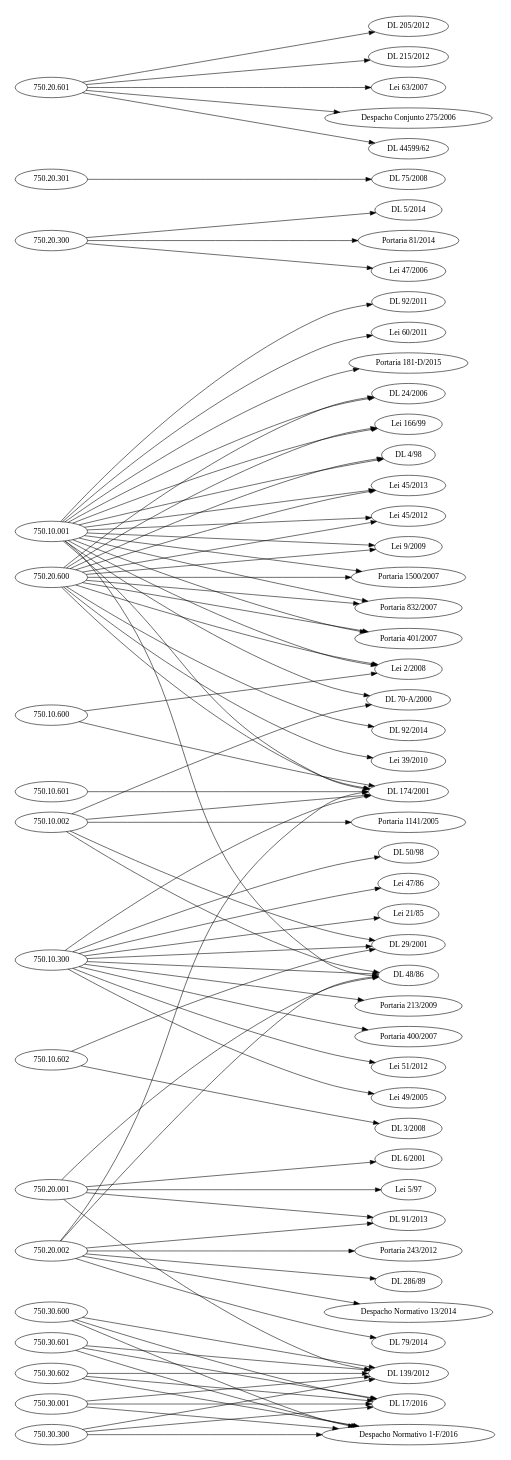
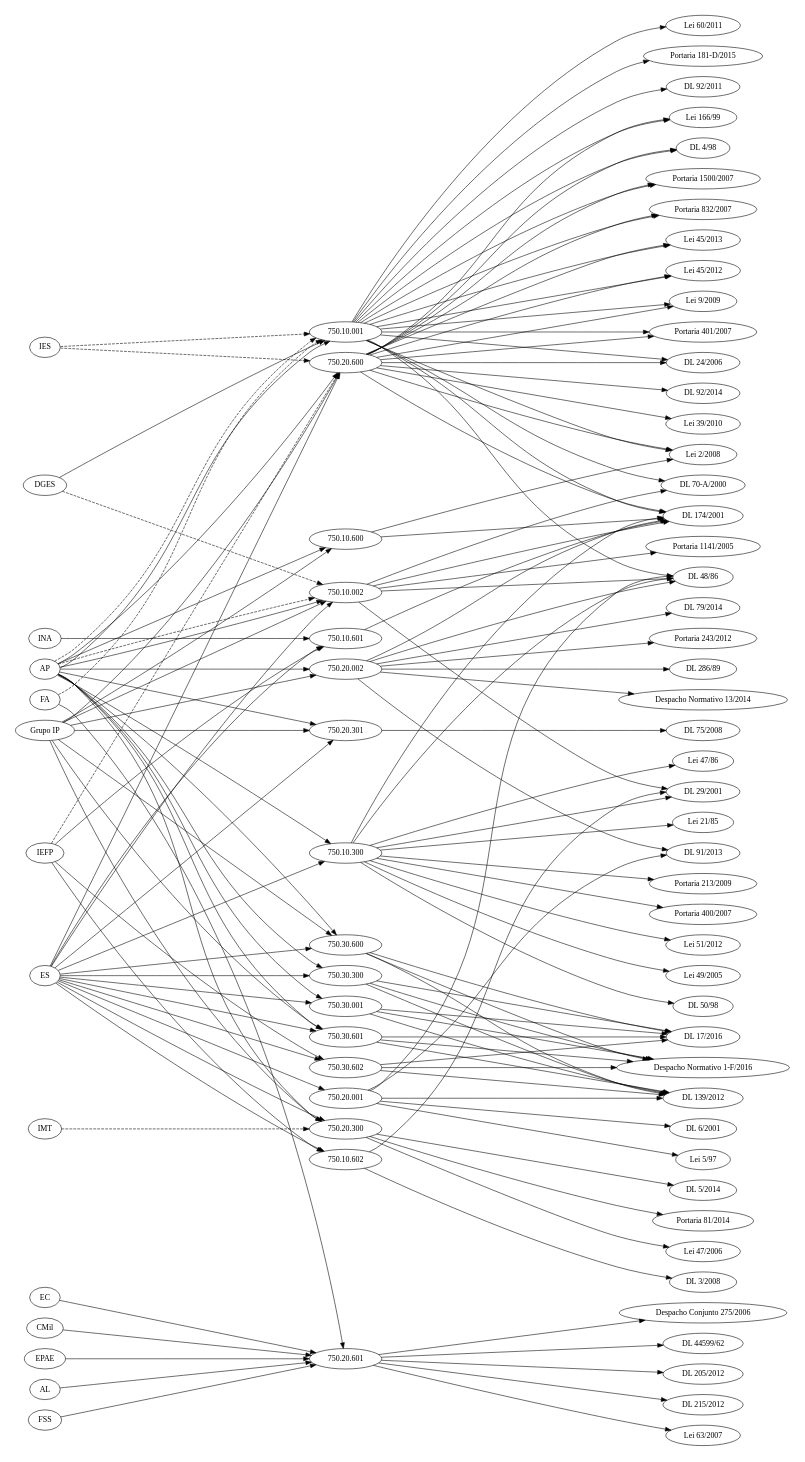
Before and after one commit to carlosc20/PL-2018-19: the diagram in TP2/grafo.dot, drawn with Graphviz. The commit also changed 2 other files, not shown here.

```diff
--- a/TP2/grafo.dot
+++ b/TP2/grafo.dot
@@ -1,22 +1,43 @@
 digraph {
 ratio = "compress"
 ranksep=5.75; size = "8.3,11.7!";
 rankdir = LR;
 	"750.10.001" -> { "Lei 45/2013" "Lei 45/2012" "DL 92/2011" "Lei 60/2011" "Portaria 181-D/2015" "Lei 9/2009" "Lei 2/2008" "Portaria 1500/2007" "Portaria 832/2007" "Portaria 401/2007" "DL 24/2006" "DL 174/2001" "Lei 166/99" "DL 70-A/2000" "DL 174/2001" "DL 4/98" "DL 48/86"};
+	{ "DGES" "AP"}-> {"750.10.001"};
+	{ "IES" "FA" "AP"}-> {"750.10.001"} [style=dashed];
 	"750.10.002" -> { "Portaria 1141/2005" "DL 174/2001" "DL 29/2001" "DL 70-A/2000" "DL 174/2001" "DL 48/86"};
+	{ "ES" "AP" "Grupo IP"}-> {"750.10.002"};
+	{ "DGES" "AP"}-> {"750.10.002"} [style=dashed];
 	"750.10.300" -> { "Lei 51/2012" "Lei 49/2005" "DL 50/98" "Lei 47/86" "Lei 21/85" "DL 174/2001" "DL 29/2001" "DL 48/86" "Portaria 213/2009" "Portaria 400/2007"};
+	{ "ES" "AP"}-> {"750.10.300"};
 	"750.10.600" -> { "DL 174/2001" "Lei 2/2008"};
+	{ "AP" "Grupo IP"}-> {"750.10.600"};
 	"750.10.601" -> { "DL 174/2001"};
+	{ "ES" "INA" "IEFP"}-> {"750.10.601"};
 	"750.10.602" -> { "DL 29/2001" "DL 3/2008"};
+	{ "ES" "IEFP"}-> {"750.10.602"};
 	"750.20.001" -> { "DL 91/2013" "DL 139/2012" "DL 6/2001" "DL 48/86" "Lei 5/97"};
+	{ "ES"}-> {"750.20.001"};
 	"750.20.002" -> { "Despacho Normativo 13/2014" "DL 79/2014" "DL 91/2013" "DL 48/86" "Portaria 243/2012" "DL 174/2001" "DL 286/89"};
+	{ "AP" "Grupo IP"}-> {"750.20.002"};
 	"750.20.300" -> { "DL 5/2014" "Portaria 81/2014" "Lei 47/2006"};
+	{ "ES" "AP" "Grupo IP"}-> {"750.20.300"};
+	{ "IMT"}-> {"750.20.300"} [style=dashed];
 	"750.20.301" -> { "DL 75/2008"};
+	{ "ES" "AP" "Grupo IP"}-> {"750.20.301"};
 	"750.20.600" -> { "DL 92/2014" "Lei 45/2013" "Lei 45/2012" "Lei 9/2009" "Lei 2/2008" "Lei 39/2010" "Portaria 1500/2007" "Portaria 832/2007" "Portaria 401/2007" "DL 24/2006" "DL 174/2001" "Lei 166/99" "DL 4/98"};
+	{ "ES" "AP" "Grupo IP"}-> {"750.20.600"};
+	{ "IES" "IEFP"}-> {"750.20.600"} [style=dashed];
 	"750.20.601" -> { "DL 205/2012" "DL 215/2012" "Lei 63/2007" "Despacho Conjunto 275/2006" "DL 44599/62"};
+	{ "FSS" "FA" "EC" "CMil" "EPAE" "AL"}-> {"750.20.601"};
 	"750.30.001" -> { "DL 17/2016" "Despacho Normativo 1-F/2016" "DL 139/2012"};
+	{ "ES" "AP"}-> {"750.30.001"};
 	"750.30.300" -> { "DL 17/2016" "Despacho Normativo 1-F/2016" "DL 139/2012"};
+	{ "ES" "AP"}-> {"750.30.300"};
 	"750.30.600" -> { "DL 17/2016" "Despacho Normativo 1-F/2016" "DL 139/2012"};
+	{ "ES" "AP" "Grupo IP"}-> {"750.30.600"};
 	"750.30.601" -> { "DL 17/2016" "Despacho Normativo 1-F/2016" "DL 139/2012"};
+	{ "ES" "AP" "Grupo IP"}-> {"750.30.601"};
 	"750.30.602" -> { "DL 17/2016" "Despacho Normativo 1-F/2016" "DL 139/2012"};
+	{ "ES" "IEFP"}-> {"750.30.602"};
 }
```
